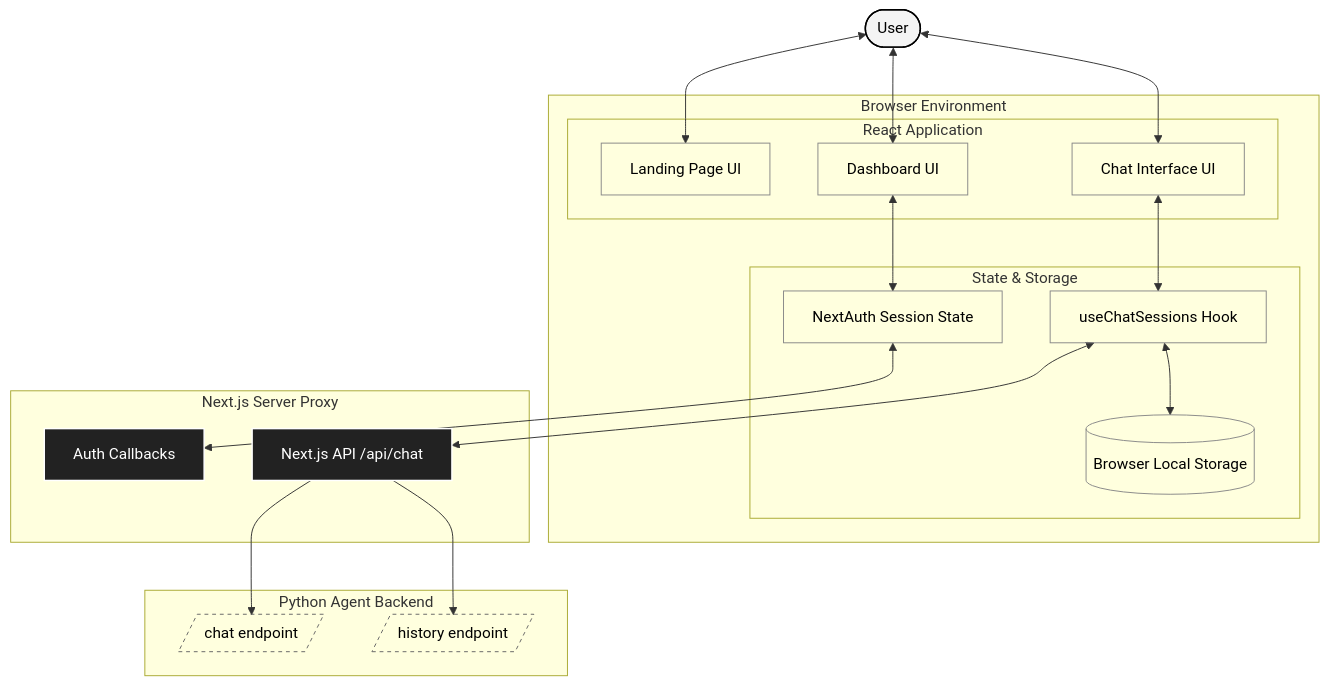
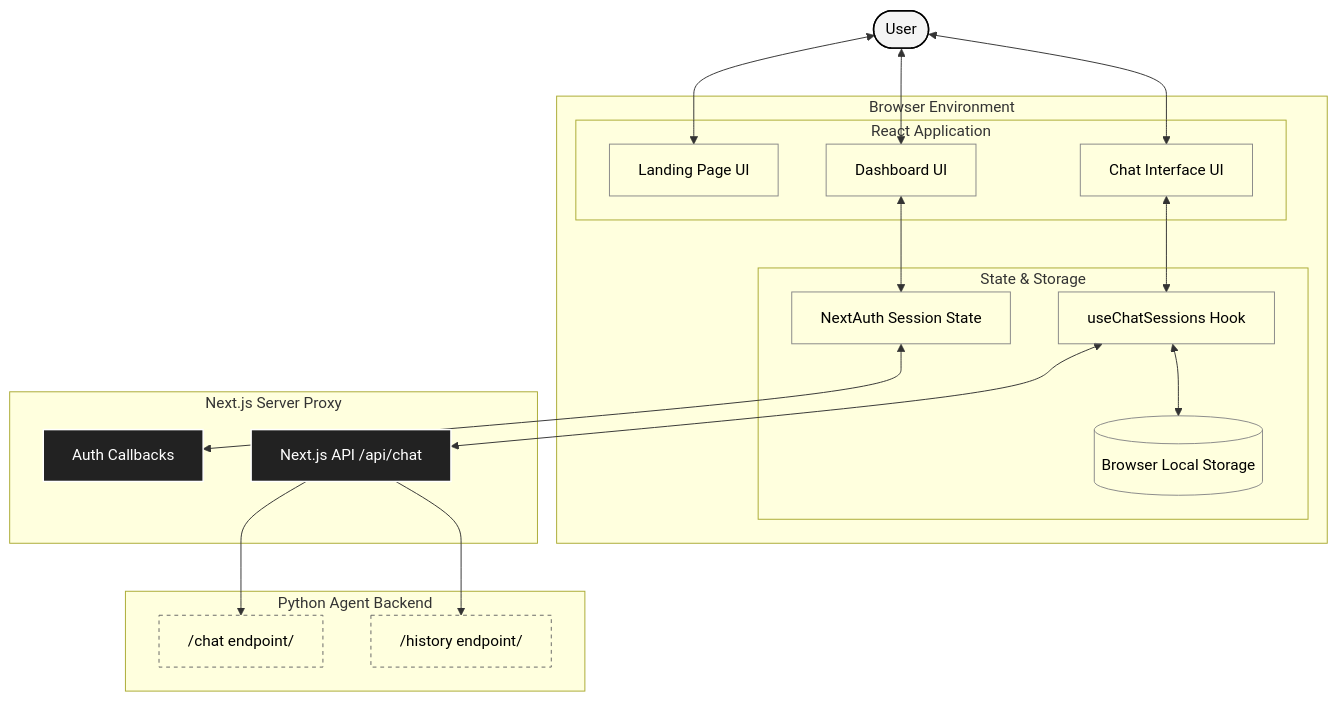
Before and after one commit to MRIARC-08/lakshya-scheduling: the diagram in frontend/README.md, drawn with Mermaid. The commit also changed 3 other files, not shown here.

Commit message:
docs: fix mermaid lexical parsing errors by quoting all node labels

````diff
--- a/frontend/README.md
+++ b/frontend/README.md
@@ -17,49 +17,49 @@
 ```mermaid
 graph TD
     %% Styling for a sleek, sharp aesthetic
     classDef default fill:transparent,stroke:#888,stroke-width:1px,color:inherit,rx:0,ry:0;
     classDef client fill:#f4f4f4,stroke:#000,stroke-width:1.5px,color:#000,rx:0,ry:0;
     classDef proxy fill:#222,stroke:#fff,stroke-width:1.5px,color:#fff,rx:0,ry:0;
     classDef external fill:transparent,stroke:#666,stroke-width:1px,stroke-dasharray: 4 4,rx:0,ry:0;
 
     %% User and UI Layer
-    User([User]):::client
+    User(["User"]):::client
     
     subgraph BrowserEnvironment [Browser Environment]
         subgraph ReactApp [React Application]
-            Hero[Landing Page UI]:::default
-            ChatUI[Chat Interface UI]:::default
-            Dash[Dashboard UI]:::default
+            Hero["Landing Page UI"]:::default
+            ChatUI["Chat Interface UI"]:::default
+            Dash["Dashboard UI"]:::default
         end
         
         subgraph StateManagement [State & Storage]
-            SessionAuth[NextAuth Session State]:::default
-            ChatHook[useChatSessions Hook]:::default
-            LocalStorage[(Browser Local Storage)]:::default
+            SessionAuth["NextAuth Session State"]:::default
+            ChatHook["useChatSessions Hook"]:::default
+            LocalStorage[("Browser Local Storage")]:::default
         end
     end
     
     subgraph NextServer [Next.js Server Proxy]
-        AuthRoute[Auth Callbacks]:::proxy
-        APIRoutes[Next.js API /api/chat]:::proxy
+        AuthRoute["Auth Callbacks"]:::proxy
+        APIRoutes["Next.js API /api/chat"]:::proxy
     end
     
     subgraph ExternalBackend [Python Agent Backend]
-        AgentChat[/chat endpoint/]:::external
-        AgentHistory[/history endpoint/]:::external
+        AgentChat["/chat endpoint/"]:::external
+        AgentHistory["/history endpoint/"]:::external
     end
     
     User <--> Hero
     User <--> ChatUI
     User <--> Dash
     
     ChatUI <--> ChatHook
     Dash <--> SessionAuth
     
     ChatHook <--> LocalStorage
     ChatHook <--> APIRoutes
     SessionAuth <--> AuthRoute
     
     APIRoutes --> AgentChat
     APIRoutes --> AgentHistory
 ```
````
